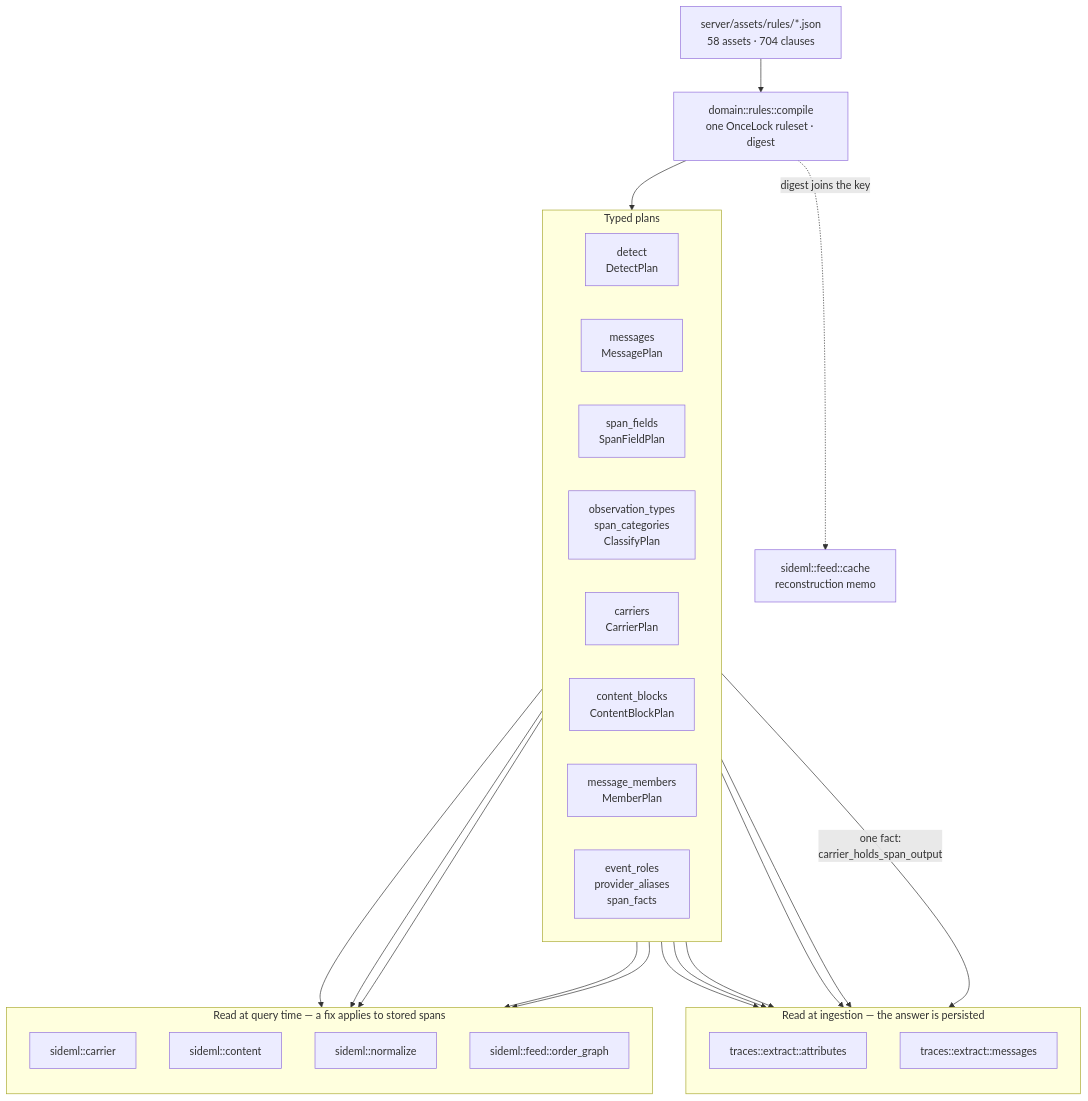
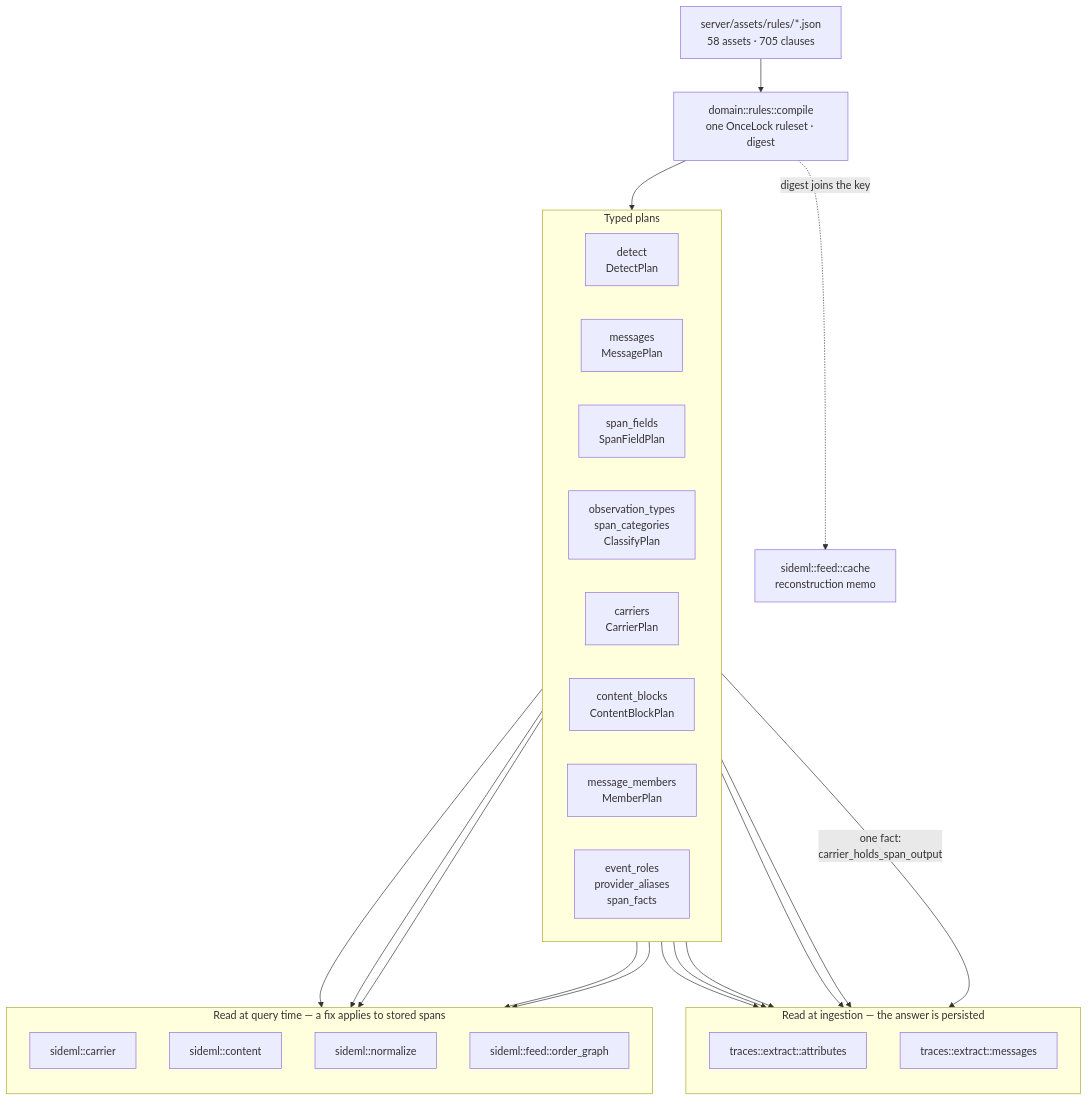
Before and after one commit to sideseat/sideseat: the first of 7 diagrams in docs/engineering/architecture-diagrams.md, drawn with Mermaid. The commit also changed 91 other files, not shown here.

````diff
--- a/docs/engineering/architecture-diagrams.md
+++ b/docs/engineering/architecture-diagrams.md
@@ -18,47 +18,47 @@
 ```mermaid
 flowchart TB
-    assets["server/assets/rules/*.json<br/>58 assets · 704 clauses"]
+    assets["server/assets/rules/*.json<br/>58 assets · 705 clauses"]
     compile["domain::rules::compile<br/>one OnceLock ruleset · digest"]
     assets --> compile
 
     subgraph plans["Typed plans"]
         direction LR
         detect["detect<br/>DetectPlan"]
         messages["messages<br/>MessagePlan"]
         fields["span_fields<br/>SpanFieldPlan"]
         classify["observation_types<br/>span_categories<br/>ClassifyPlan"]
         carriers["carriers<br/>CarrierPlan"]
         blocks["content_blocks<br/>ContentBlockPlan"]
         members["message_members<br/>MemberPlan"]
         roles["event_roles<br/>provider_aliases<br/>span_facts"]
     end
     compile --> plans
 
     subgraph ingest["Read at ingestion — the answer is persisted"]
         direction TB
         attrs["traces::extract::attributes"]
         msgs["traces::extract::messages"]
     end
 
     subgraph query["Read at query time — a fix applies to stored spans"]
         direction TB
         carrier["sideml::carrier"]
         content["sideml::content"]
         normalize["sideml::normalize"]
         order["sideml::feed::order_graph"]
     end
 
     detect --> attrs
     fields --> attrs
     classify --> attrs
     roles --> attrs
     messages --> msgs
     carriers -->|"one fact:<br/>carrier_holds_span_output"| msgs
     carriers --> carrier
     carriers --> order
     blocks --> content
     members --> content
     roles --> normalize
 
     compile -. "digest joins the key" .-> cache["sideml::feed::cache<br/>reconstruction memo"]
 ```
````
